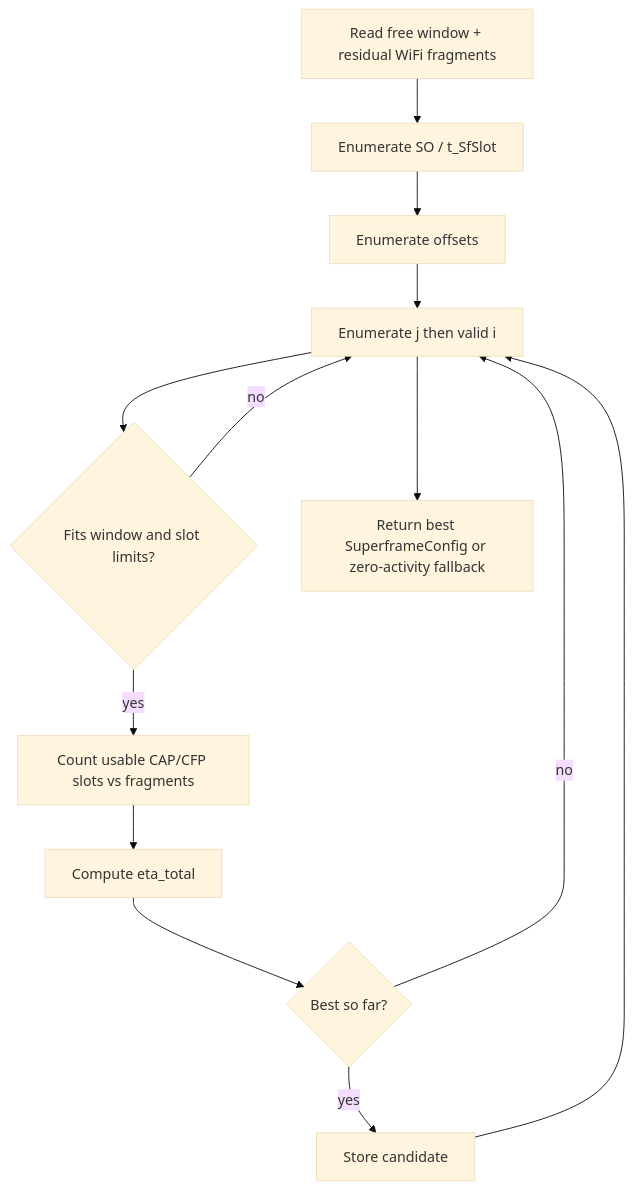
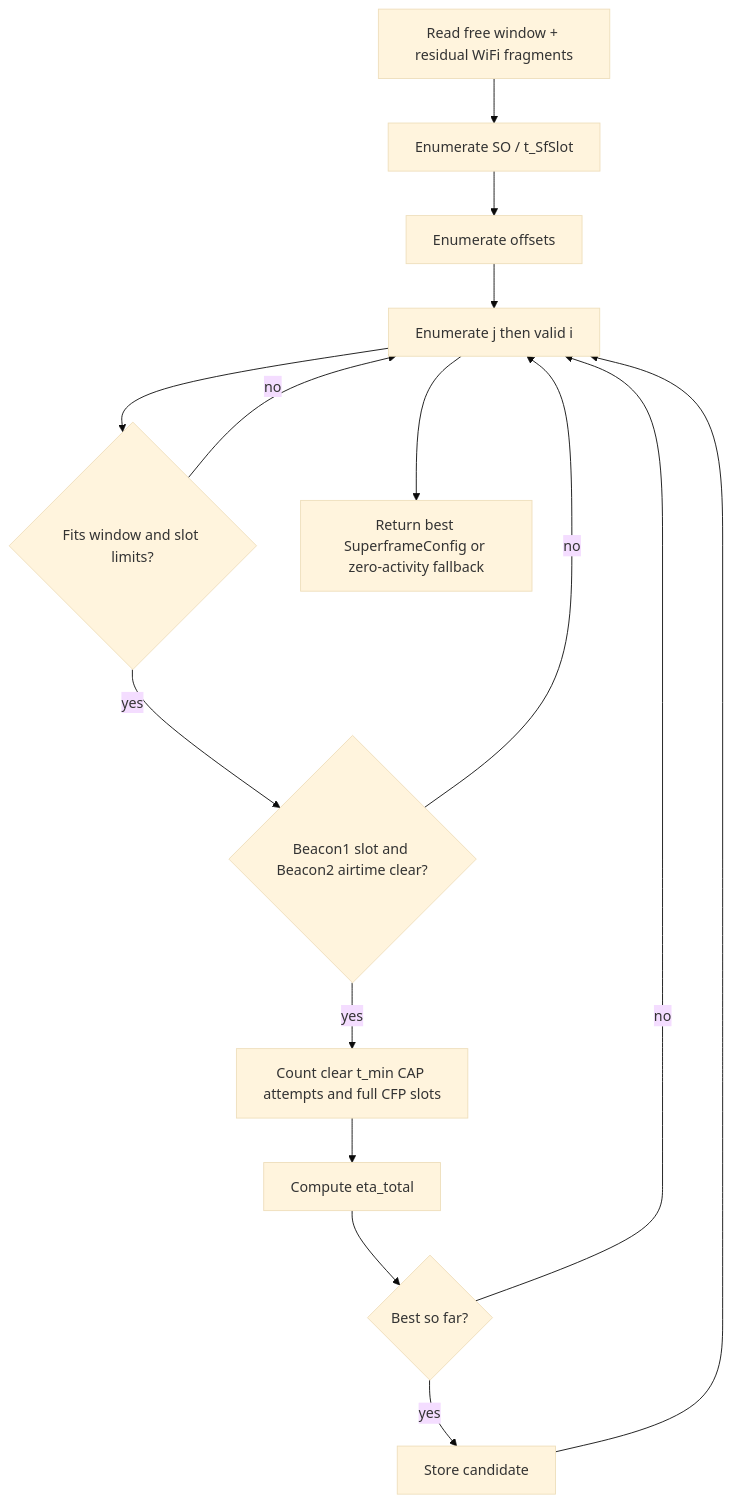
The first of 2 diagrams in reviews/study_guide_divyansh.md (upayanmazumder/cowicmac-case-study), drawn with Mermaid (base theme) before and after one commit. The commit also changed other lines of this file and 11 other files, not shown here.

````diff
--- a/reviews/study_guide_divyansh.md
+++ b/reviews/study_guide_divyansh.md
@@ -114,15 +110,17 @@
 ```mermaid
 flowchart TD
   A[Read free window + residual WiFi fragments] --> B[Enumerate SO / t_SfSlot]
   B --> C[Enumerate offsets]
   C --> D[Enumerate j then valid i]
   D --> E{Fits window and slot limits?}
   E -->|no| D
-  E -->|yes| F[Count usable CAP/CFP slots vs fragments]
-  F --> G[Compute eta_total]
-  G --> H{Best so far?}
-  H -->|yes| I[Store candidate]
-  H -->|no| D
-  I --> D
-  D --> J[Return best SuperframeConfig or zero-activity fallback]
+  E -->|yes| F{Beacon1 slot and Beacon2 airtime clear?}
+  F -->|no| D
+  F -->|yes| G[Count clear t_min CAP attempts and full CFP slots]
+  G --> H[Compute eta_total]
+  H --> I{Best so far?}
+  I -->|yes| J[Store candidate]
+  I -->|no| D
+  J --> D
+  D --> K[Return best SuperframeConfig or zero-activity fallback]
 ```
````
